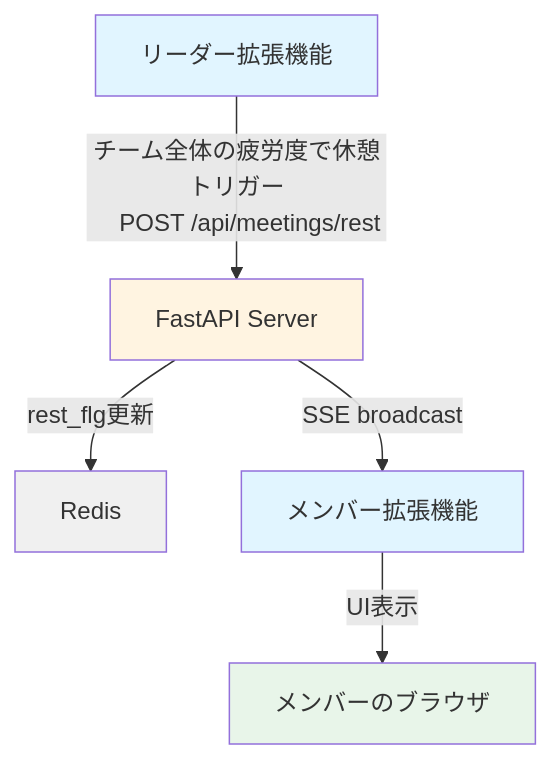
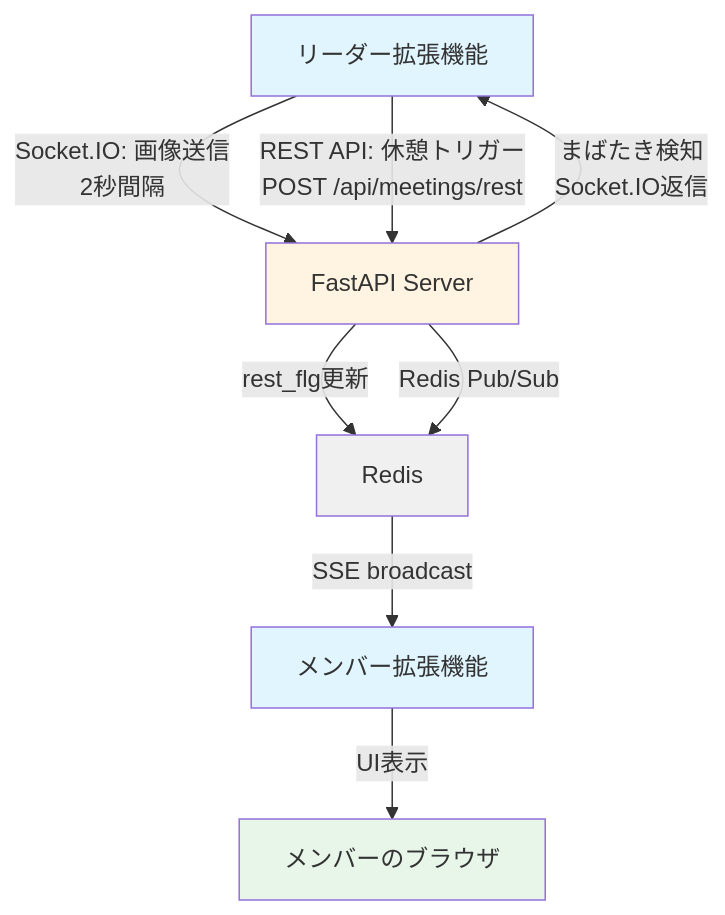
The first of 2 diagrams in doc/spec/requirement.md (jphacks/os_2521), drawn with Mermaid before and after one commit. The commit also changed other lines of this file and 22 other files, not shown here.

````diff
--- a/doc/spec/requirement.md
+++ b/doc/spec/requirement.md
@@ -9,13 +9,15 @@
 ```mermaid
 graph TD
-    A[リーダー拡張機能] -->|チーム全体の疲労度で休憩トリガー
-    POST /api/meetings/rest| B[FastAPI Server]
+    A[リーダー拡張機能] -->|Socket.IO: 画像送信<br/>2秒間隔| B[FastAPI Server]
+    A -->|REST API: 休憩トリガー<br/>POST /api/meetings/rest| B
+    B -->|まばたき検知<br/>Socket.IO返信| A
     B -->|rest_flg更新| C[Redis]
-    B -->|SSE broadcast| D[メンバー拡張機能]
+    B -->|Redis Pub/Sub| C
+    C -->|SSE broadcast| D[メンバー拡張機能]
     D -->|UI表示| E[メンバーのブラウザ]
     style A fill:#e1f5ff
     style D fill:#e1f5ff
     style B fill:#fff4e1
     style C fill:#f0f0f0
     style E fill:#e8f5e9
 ```
````
